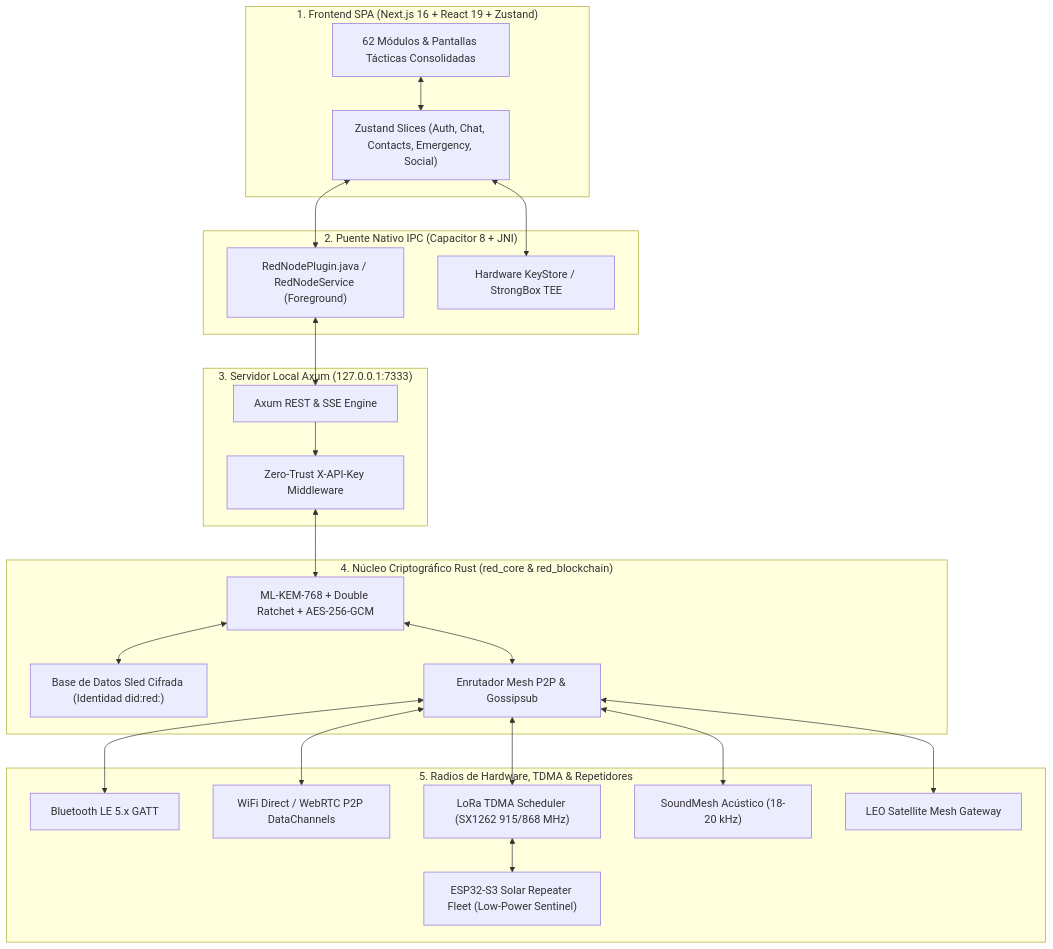
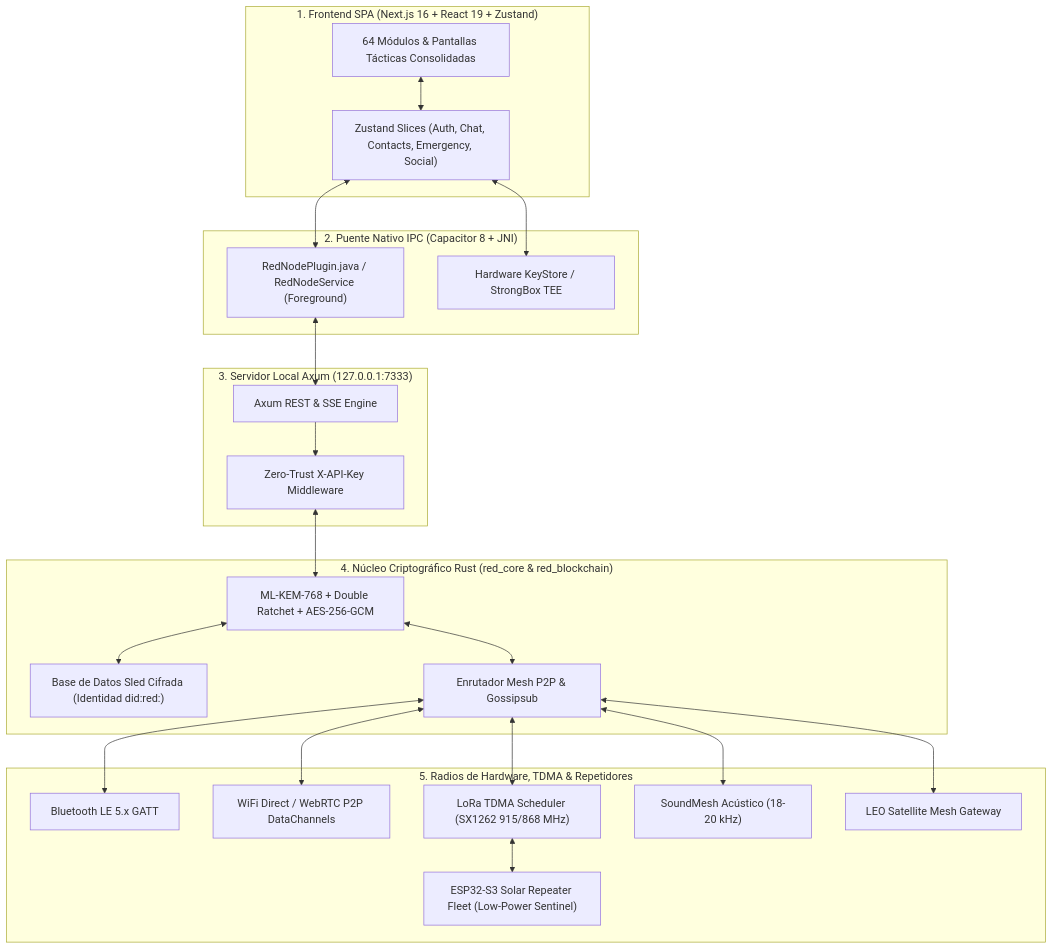
One commit to DarckRovert/RED changed the diagram in README.md. Above: the diagram before and after it, drawn with Mermaid. The commit also changed other lines of this file and 18 other files, not shown here.

````diff
--- a/README.md
+++ b/README.md
@@ -77,47 +77,47 @@
 ```mermaid
 graph TD
     subgraph FRONTEND ["1. Frontend SPA (Next.js 16 + React 19 + Zustand)"]
-        UI["62 Módulos & Pantallas Tácticas Consolidadas"]
+        UI["64 Módulos & Pantallas Tácticas Consolidadas"]
         STORE["Zustand Slices (Auth, Chat, Contacts, Emergency, Social)"]
         UI <--> STORE
     end
 
     subgraph BRIDGES ["2. Puente Nativo IPC (Capacitor 8 + JNI)"]
         JNI["RedNodePlugin.java / RedNodeService (Foreground)"]
         KEYSTORE["Hardware KeyStore / StrongBox TEE"]
         STORE <--> JNI
         STORE <--> KEYSTORE
     end
 
     subgraph LOCAL_SERVER ["3. Servidor Local Axum (127.0.0.1:7333)"]
         AXUM["Axum REST & SSE Engine"]
         SEC_MW["Zero-Trust X-API-Key Middleware"]
         JNI <--> AXUM
         AXUM --> SEC_MW
     end
 
     subgraph RUST_CORE ["4. Núcleo Criptográfico Rust (red_core & red_blockchain)"]
         CORE_CRYPTO["ML-KEM-768 + Double Ratchet + AES-256-GCM"]
         CORE_STORAGE["Base de Datos Sled Cifrada (Identidad did:red:)"]
         CORE_MESH["Enrutador Mesh P2P & Gossipsub"]
         SEC_MW <--> CORE_CRYPTO
         CORE_CRYPTO <--> CORE_STORAGE
         CORE_CRYPTO <--> CORE_MESH
     end
 
     subgraph HARDWARE_RADIOS ["5. Radios de Hardware, TDMA & Repetidores"]
         BLE["Bluetooth LE 5.x GATT"]
         WIFI["WiFi Direct / WebRTC P2P DataChannels"]
         TDMA_LORA["LoRa TDMA Scheduler (SX1262 915/868 MHz)"]
         SOLAR_FLEET["ESP32-S3 Solar Repeater Fleet (Low-Power Sentinel)"]
         SOUND["SoundMesh Acústico (18-20 kHz)"]
         SAT_GW["LEO Satellite Mesh Gateway"]
         
         CORE_MESH <--> BLE
         CORE_MESH <--> WIFI
         CORE_MESH <--> TDMA_LORA
         TDMA_LORA <--> SOLAR_FLEET
         CORE_MESH <--> SOUND
         CORE_MESH <--> SAT_GW
     end
 ```
````
